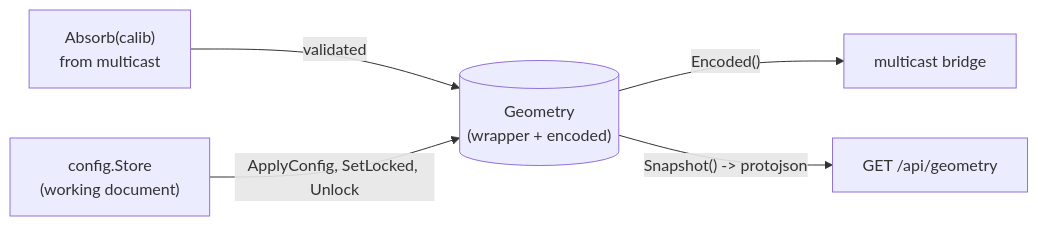
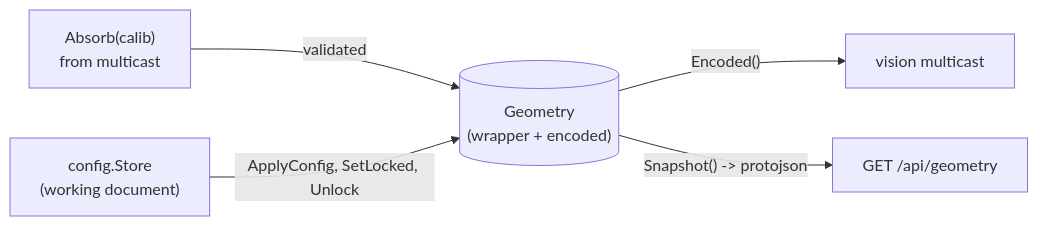
The third of 4 diagrams in gui/ARCHITECTURE.md (RoboCup-SSL/ssl-vision-processor), drawn with Mermaid before and after one commit. The commit also changed other lines of this file and 29 other files, not shown here.

````diff
--- a/gui/ARCHITECTURE.md
+++ b/gui/ARCHITECTURE.md
@@ -96,7 +100,7 @@
 ```mermaid
 graph LR
     Absorb["Absorb(calib)\nfrom multicast"] -->|"validated"| State[("Geometry\n(wrapper + encoded)")]
     Store["config.Store\n(working document)"] -->|"ApplyConfig, SetLocked, Unlock"| State
-    State -->|"Encoded()"| Multicast["multicast bridge"]
+    State -->|"Encoded()"| Multicast["vision multicast"]
     State -->|"Snapshot() -> protojson"| API["GET /api/geometry"]
 ```
````
